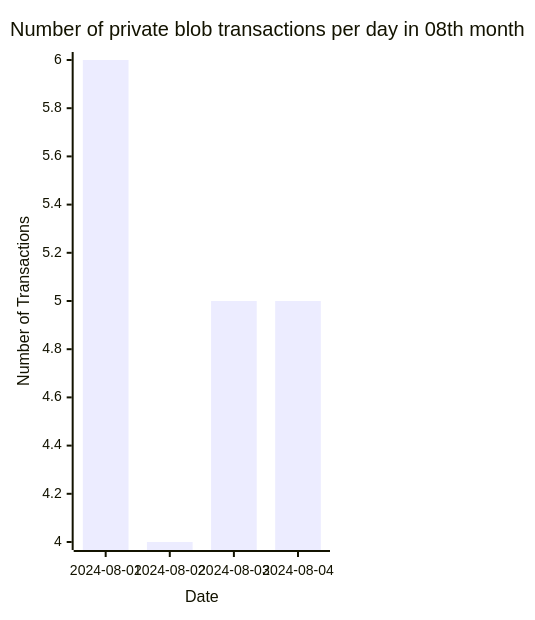
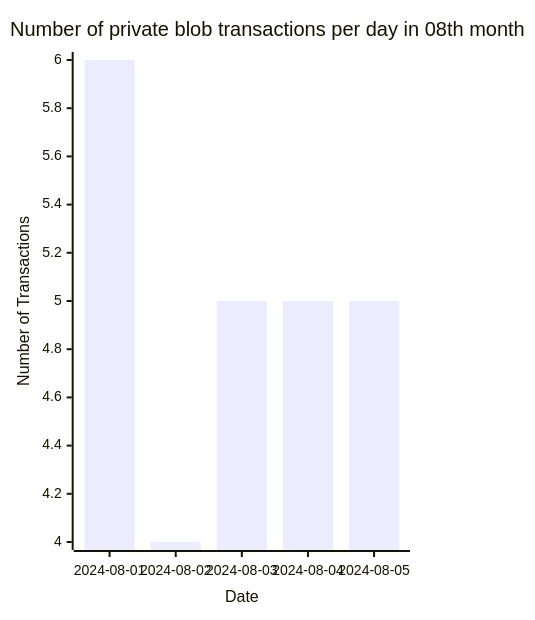
Before and after one commit to Amit0617/eip4844-data: the sixth of 6 diagrams in README.md, drawn with Mermaid. The commit also changed 1 other file, not shown here.

````diff
--- a/README.md
+++ b/README.md
@@ -66,12 +66,12 @@
 ```mermaid
 ---
 config:
     xyChart:
-        width: 320
+        width: 400
         height: 600
 ---
 xychart-beta title "Number of private blob transactions per day in 08th month"
-x-axis "Date" [2024-08-01,2024-08-02,2024-08-03,2024-08-04]
+x-axis "Date" [2024-08-01,2024-08-02,2024-08-03,2024-08-04,2024-08-05]
 y-axis "Number of Transactions"
-bar[6,4,5,5]
+bar[6,4,5,5,5]
 ```
````
